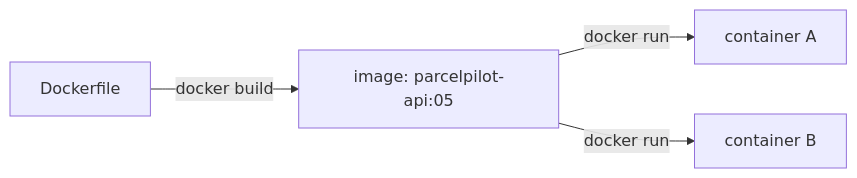
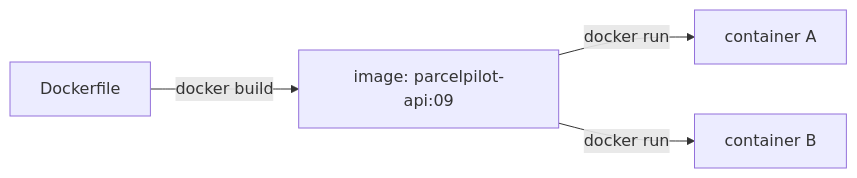
Before and after one commit to kevin-voss/learning-project: the first of 2 diagrams in spring-boot-system-design/topics/09-docker/README.md, drawn with Mermaid. The commit also changed other lines of this file and 26 other files, not shown here.

````diff
--- a/spring-boot-system-design/topics/09-docker/README.md
+++ b/spring-boot-system-design/topics/09-docker/README.md
@@ -28,6 +28,6 @@
 ```mermaid
 flowchart LR
-  D[Dockerfile] -->|docker build| I[image: parcelpilot-api:05]
+  D[Dockerfile] -->|docker build| I[image: parcelpilot-api:09]
   I -->|docker run| C1[container A]
   I -->|docker run| C2[container B]
 ```
````
